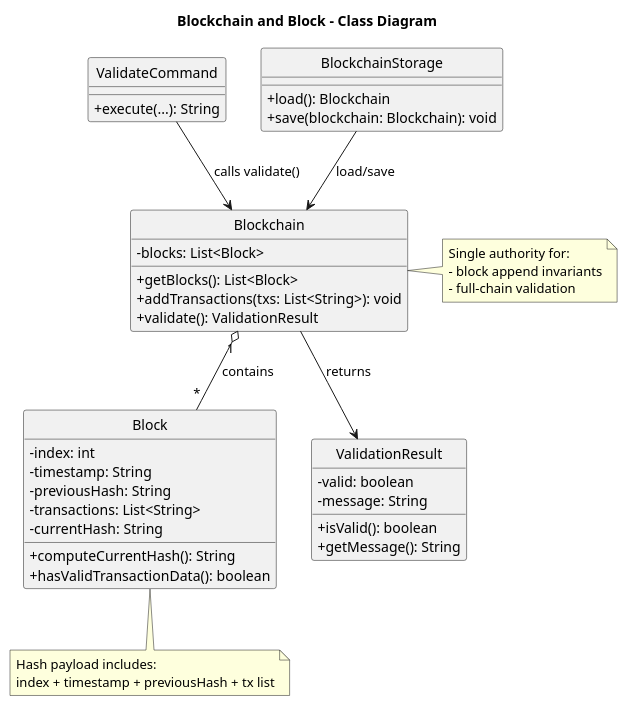
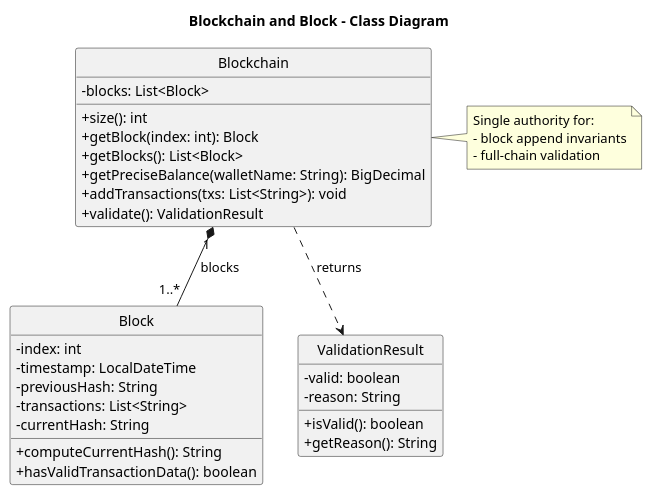
The diagram in docs/diagrams/BlockchainBlockClassDiagram.puml (Anormalm/tp), drawn with PlantUML before and after one commit. The commit also changed 14 other files, not shown here.

Commit message:
Improve DG architecture and UML coverage

```diff
--- a/docs/diagrams/BlockchainBlockClassDiagram.puml
+++ b/docs/diagrams/BlockchainBlockClassDiagram.puml
@@ -1,56 +1,43 @@
 @startuml
 title Blockchain and Block - Class Diagram
 
 hide circle
 skinparam classAttributeIconSize 0
 
 class Blockchain {
   -blocks: List<Block>
+  +size(): int
+  +getBlock(index: int): Block
   +getBlocks(): List<Block>
+  +getPreciseBalance(walletName: String): BigDecimal
   +addTransactions(txs: List<String>): void
   +validate(): ValidationResult
 }
 
 class Block {
   -index: int
-  -timestamp: String
+  -timestamp: LocalDateTime
   -previousHash: String
   -transactions: List<String>
   -currentHash: String
   +computeCurrentHash(): String
   +hasValidTransactionData(): boolean
 }
 
 class ValidationResult {
   -valid: boolean
-  -message: String
+  -reason: String
   +isValid(): boolean
-  +getMessage(): String
+  +getReason(): String
 }
 
-class ValidateCommand {
-  +execute(...): String
-}
-
-class BlockchainStorage {
-  +load(): Blockchain
-  +save(blockchain: Blockchain): void
-}
-
-ValidateCommand --> Blockchain : calls validate()
-Blockchain "1" o-- "*" Block : contains
-Blockchain --> ValidationResult : returns
-BlockchainStorage --> Blockchain : load/save
+Blockchain "1" *-- "1..*" Block : blocks
+Blockchain ..> ValidationResult : returns
 
 note right of Blockchain
 Single authority for:
 - block append invariants
 - full-chain validation
 end note
 
-note bottom of Block
-Hash payload includes:
-index + timestamp + previousHash + tx list
-end note
-
 @enduml
```
